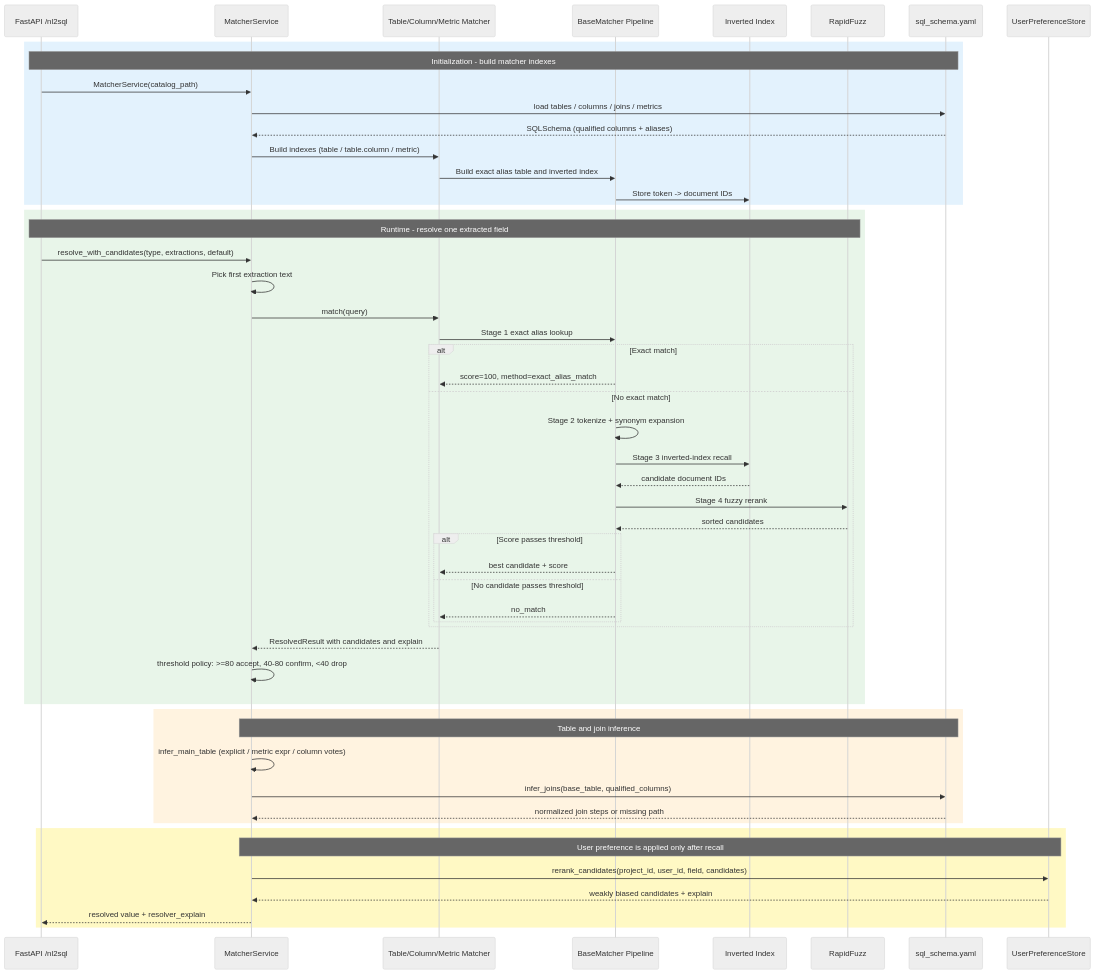
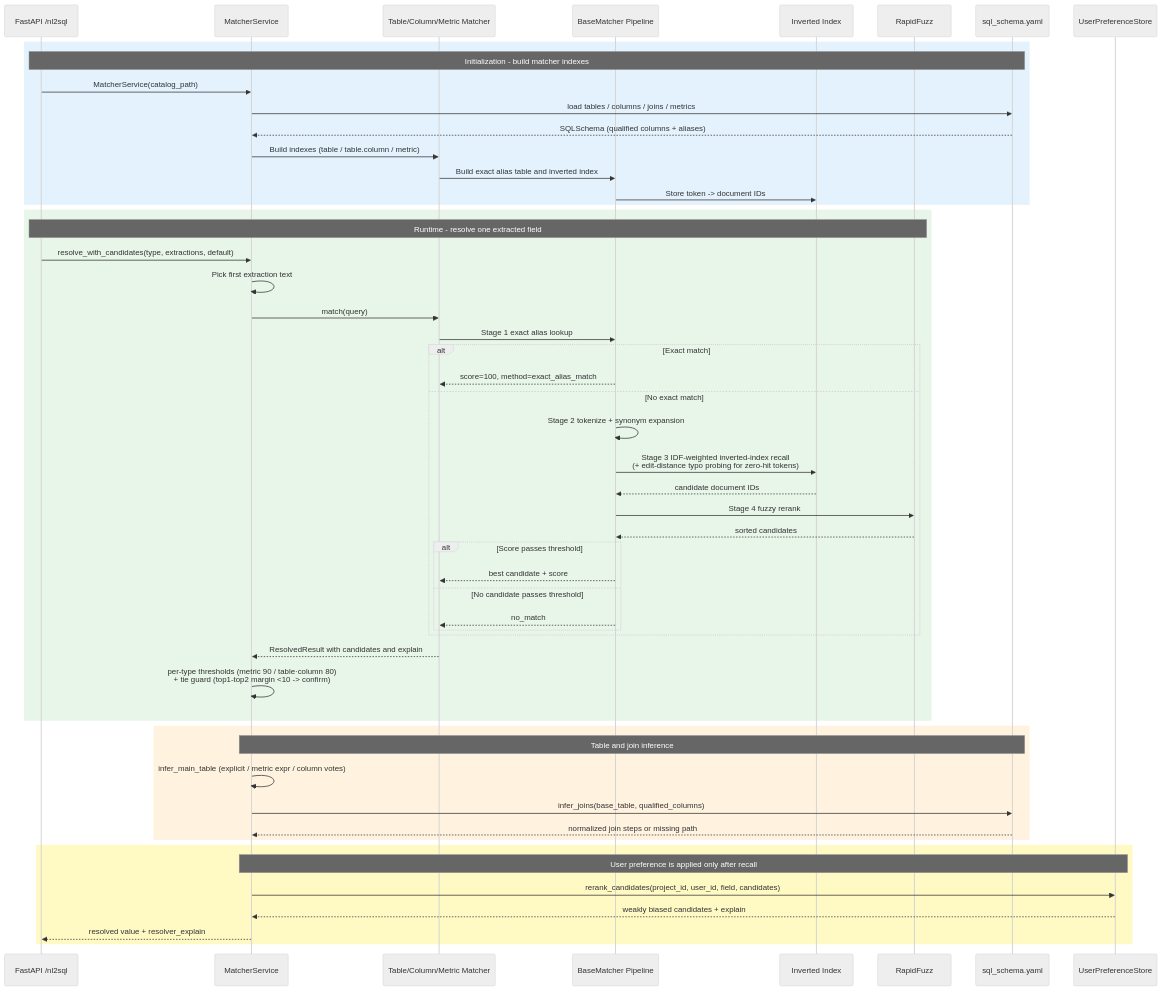
Before and after one commit to frankzh0330/query-agent: the diagram in docs/diagrams/matcher-sequence.md, drawn with Mermaid (neutral theme). The commit also changed other lines of this file and 29 other files, not shown here.

````diff
--- a/docs/diagrams/matcher-sequence.md
+++ b/docs/diagrams/matcher-sequence.md
@@ -3,59 +5,59 @@
 ```mermaid
 sequenceDiagram
     participant API as FastAPI /nl2sql
     participant MS as MatcherService
     participant Matcher as Table/Column/Metric Matcher
     participant Pipeline as BaseMatcher Pipeline
     participant Index as Inverted Index
     participant Fuzz as RapidFuzz
     participant Schema as sql_schema.yaml
     participant Pref as UserPreferenceStore
 
     rect rgb(227, 242, 253)
     Note over API,Schema: Initialization - build matcher indexes
     API->>MS: MatcherService(catalog_path)
     MS->>Schema: load tables / columns / joins / metrics
     Schema-->>MS: SQLSchema (qualified columns + aliases)
     MS->>Matcher: Build indexes (table / table.column / metric)
     Matcher->>Pipeline: Build exact alias table and inverted index
     Pipeline->>Index: Store token -> document IDs
     end
 
     rect rgb(232, 245, 233)
     Note over API,Fuzz: Runtime - resolve one extracted field
     API->>MS: resolve_with_candidates(type, extractions, default)
     MS->>MS: Pick first extraction text
     MS->>Matcher: match(query)
     Matcher->>Pipeline: Stage 1 exact alias lookup
     alt Exact match
         Pipeline-->>Matcher: score=100, method=exact_alias_match
     else No exact match
         Pipeline->>Pipeline: Stage 2 tokenize + synonym expansion
-        Pipeline->>Index: Stage 3 inverted-index recall
+        Pipeline->>Index: Stage 3 IDF-weighted inverted-index recall<br/>(+ edit-distance typo probing for zero-hit tokens)
         Index-->>Pipeline: candidate document IDs
         Pipeline->>Fuzz: Stage 4 fuzzy rerank
         Fuzz-->>Pipeline: sorted candidates
         alt Score passes threshold
             Pipeline-->>Matcher: best candidate + score
         else No candidate passes threshold
             Pipeline-->>Matcher: no_match
         end
     end
     Matcher-->>MS: ResolvedResult with candidates and explain
-    MS->>MS: threshold policy: >=80 accept, 40-80 confirm, <40 drop
+    MS->>MS: per-type thresholds (metric 90 / table·column 80)<br/>+ tie guard (top1-top2 margin <10 -> confirm)
     end
 
     rect rgb(255, 243, 224)
     Note over MS,Schema: Table and join inference
     MS->>MS: infer_main_table (explicit / metric expr / column votes)
     MS->>Schema: infer_joins(base_table, qualified_columns)
     Schema-->>MS: normalized join steps or missing path
     end
 
     rect rgb(255, 249, 196)
     Note over MS,Pref: User preference is applied only after recall
     MS->>Pref: rerank_candidates(project_id, user_id, field, candidates)
     Pref-->>MS: weakly biased candidates + explain
     MS-->>API: resolved value + resolver_explain
     end
 ```
````
